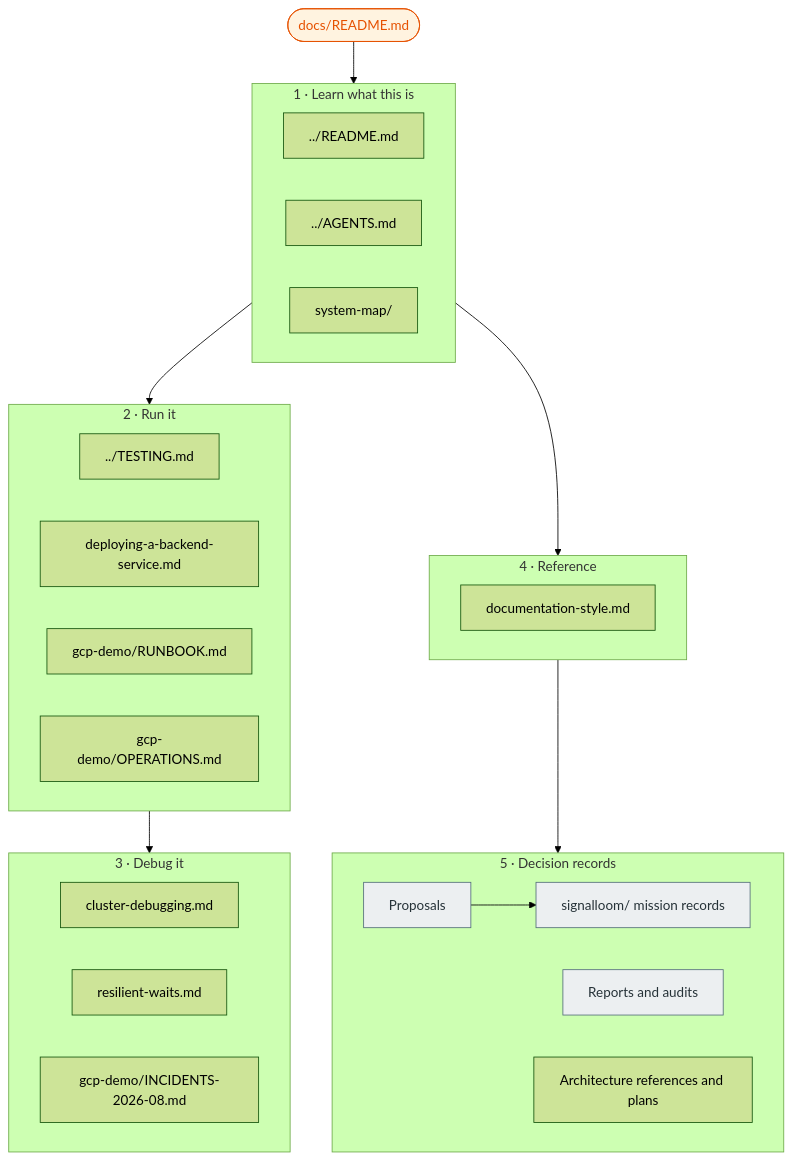
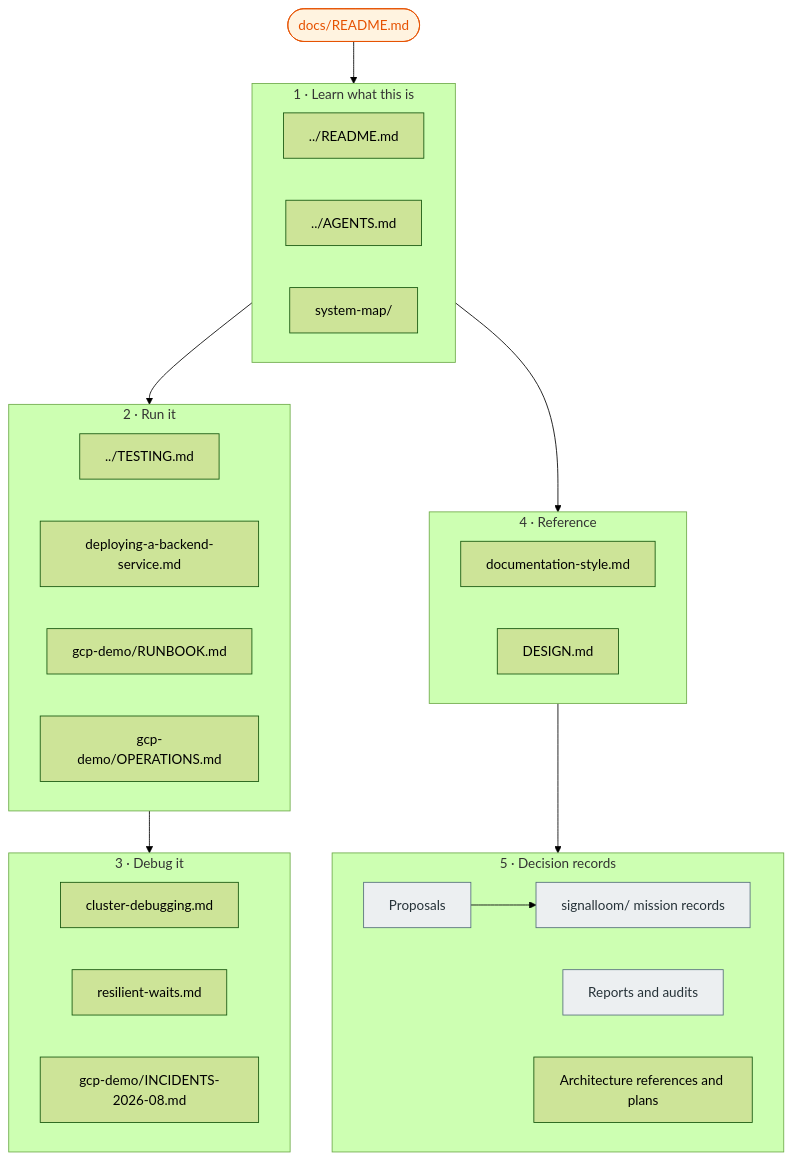
The diagram in docs/README.md (sublimino/architecture-as-code), drawn with Mermaid (forest theme) before and after one commit. The commit also changed other lines of this file and 3 other files, not shown here.

````diff
--- a/docs/README.md
+++ b/docs/README.md
@@ -36,44 +37,45 @@
 ```mermaid
 flowchart TB
   START(["docs/README.md"])
 
   subgraph learn["1 · Learn what this is"]
     RM["../README.md"]
     AG["../AGENTS.md"]
     MAP["system-map/"]
   end
 
   subgraph run["2 · Run it"]
     TEST["../TESTING.md"]
     BACK["deploying-a-backend-service.md"]
     RB["gcp-demo/RUNBOOK.md"]
     OPS["gcp-demo/OPERATIONS.md"]
   end
 
   subgraph debug["3 · Debug it"]
     CD["cluster-debugging.md"]
     RW["resilient-waits.md"]
     INC["gcp-demo/INCIDENTS-2026-08.md"]
   end
 
   subgraph ref["4 · Reference"]
     STYLE["documentation-style.md"]
+    DES["DESIGN.md"]
   end
 
   subgraph rec["5 · Decision records"]
     PROP["Proposals"]
     MIS["signalloom/ mission records"]
     REP["Reports and audits"]
     ARCH["Architecture references and plans"]
   end
 
   START --> learn --> run --> debug
   learn --> ref
   ref --> rec
   PROP --> MIS
 
   classDef entry fill:#fff3e0,stroke:#e65100,color:#e65100;
   classDef record fill:#eceff1,stroke:#546e7a,color:#263238;
   class START entry;
   class PROP,MIS,REP record;
 ```
````
